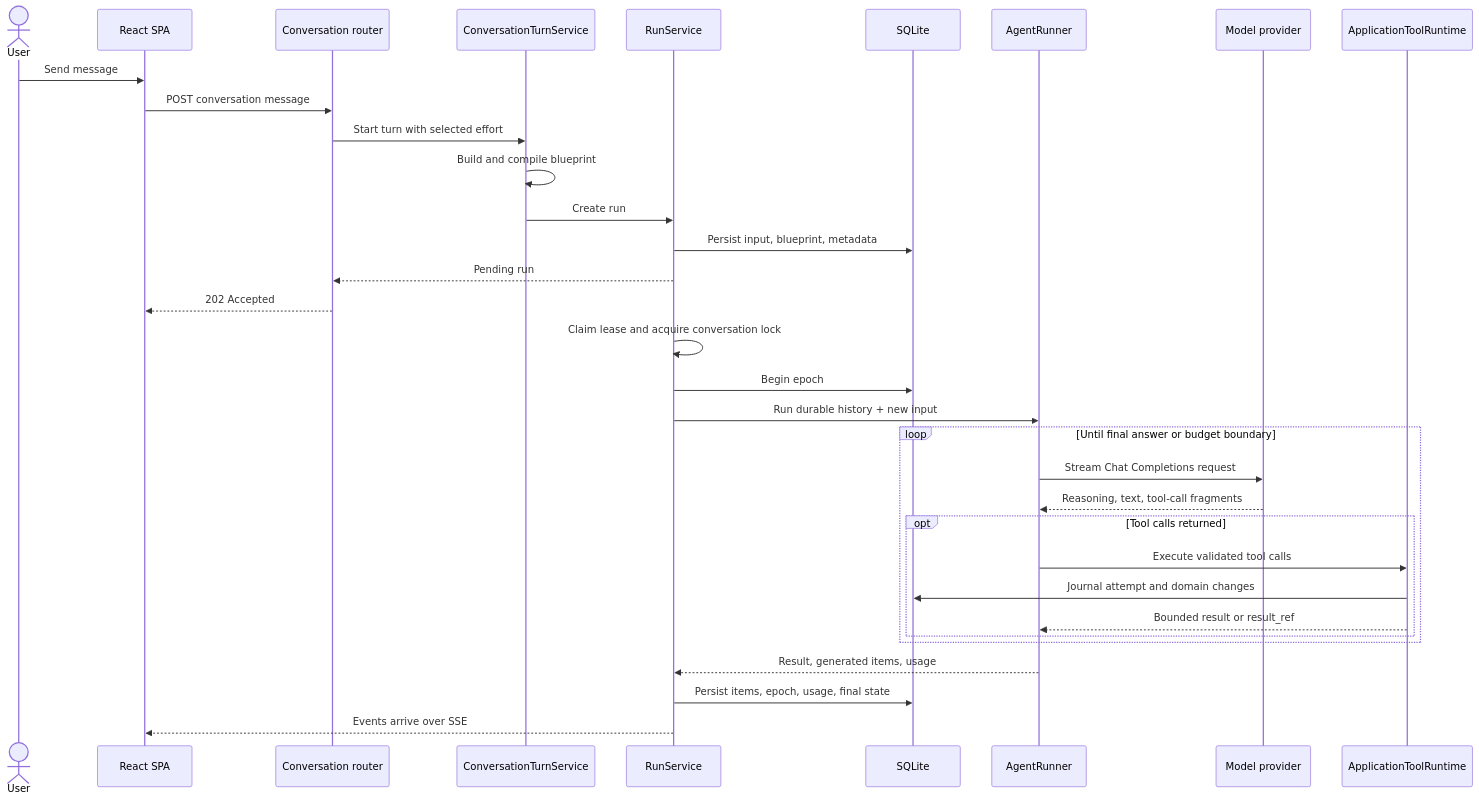
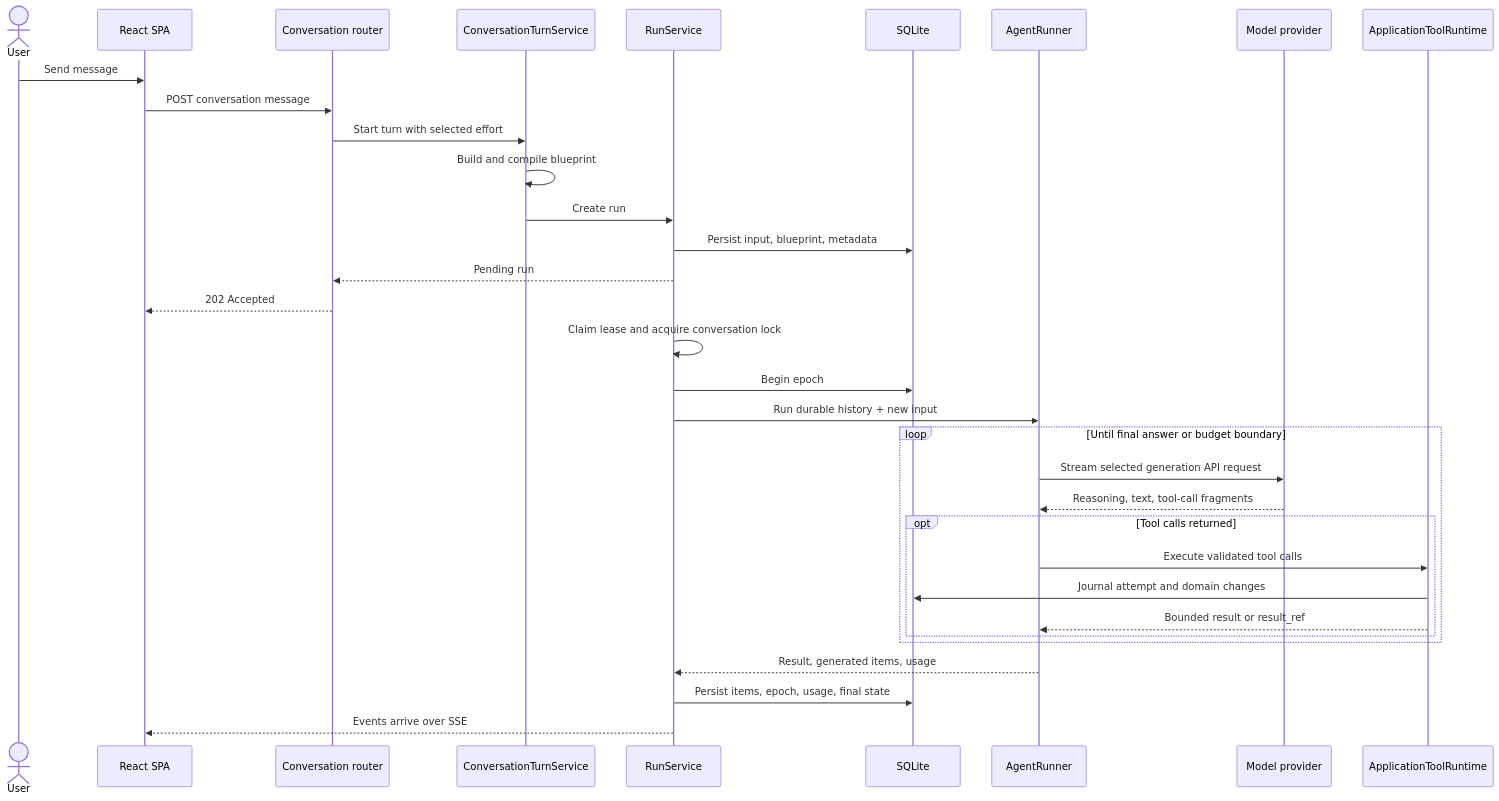
Before and after one commit to giridharmunagala/scholarweave: the fifth of 16 diagrams in docs/architecture.md, drawn with Mermaid. The commit also changed other lines of this file and 110 other files, not shown here.

````diff
--- a/docs/architecture.md
+++ b/docs/architecture.md
@@ -301,39 +386,39 @@
 ```mermaid
 sequenceDiagram
     actor User
     participant UI as React SPA
     participant API as Conversation router
     participant Turns as ConversationTurnService
     participant Runs as RunService
     participant DB as SQLite
     participant Runner as AgentRunner
     participant Model as Model provider
     participant Tools as ApplicationToolRuntime
 
     User->>UI: Send message
     UI->>API: POST conversation message
     API->>Turns: Start turn with selected effort
     Turns->>Turns: Build and compile blueprint
     Turns->>Runs: Create run
     Runs->>DB: Persist input, blueprint, metadata
     Runs-->>API: Pending run
     API-->>UI: 202 Accepted
 
     Runs->>Runs: Claim lease and acquire conversation lock
     Runs->>DB: Begin epoch
     Runs->>Runner: Run durable history + new input
 
     loop Until final answer or budget boundary
-        Runner->>Model: Stream Chat Completions request
+        Runner->>Model: Stream selected generation API request
         Model-->>Runner: Reasoning, text, tool-call fragments
         opt Tool calls returned
             Runner->>Tools: Execute validated tool calls
             Tools->>DB: Journal attempt and domain changes
             Tools-->>Runner: Bounded result or result_ref
         end
     end
 
     Runner-->>Runs: Result, generated items, usage
     Runs->>DB: Persist items, epoch, usage, final state
     Runs-->>UI: Events arrive over SSE
 ```
````
